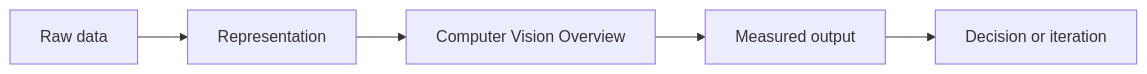
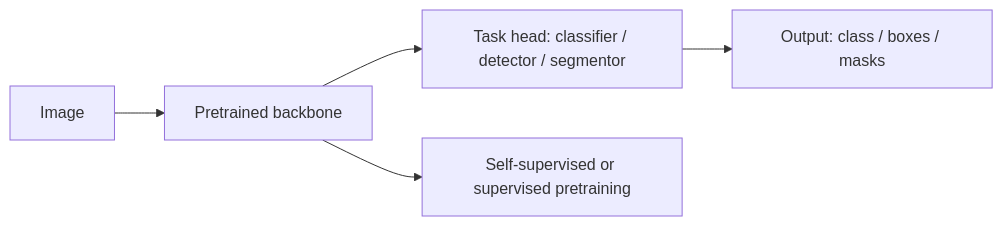
Before and after one commit to Icon1cc/Machine-Learning: the diagram in computer-vision/01-computer-vision-overview.md, drawn with Mermaid. The commit also changed other lines of this file and 264 other files, not shown here.

````diff
--- a/computer-vision/01-computer-vision-overview.md
+++ b/computer-vision/01-computer-vision-overview.md
@@ -92,7 +241,7 @@
 ```mermaid
 flowchart LR
-    A[Raw data] --> B[Representation]
-    B --> C[Computer Vision Overview]
-    C --> D[Measured output]
-    D --> E[Decision or iteration]
+    I[Image] --> P[Pretrained backbone]
+    P --> F[Task head: classifier / detector / segmentor]
+    F --> O[Output: class / boxes / masks]
+    P --> Tr[Self-supervised or supervised pretraining]
 ```
````
